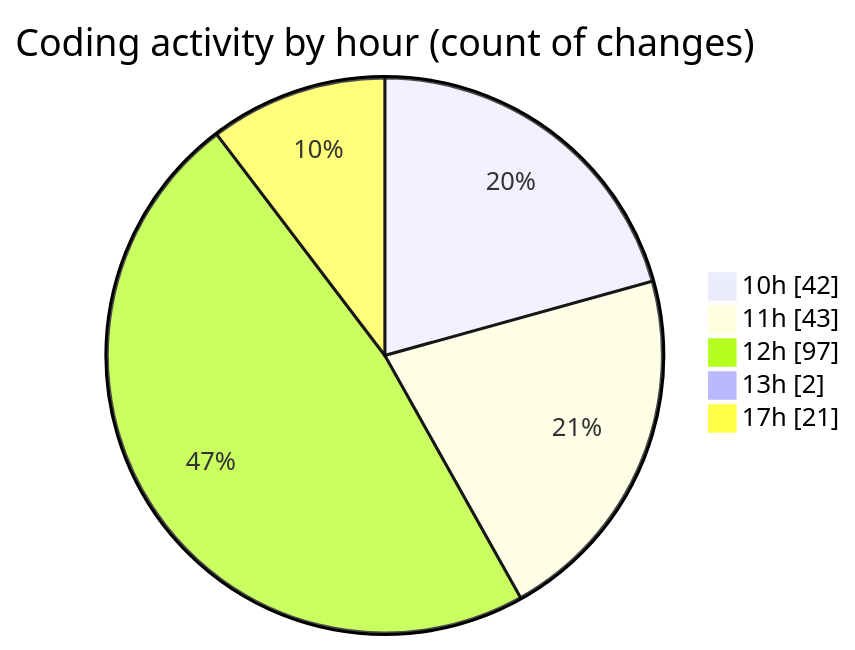
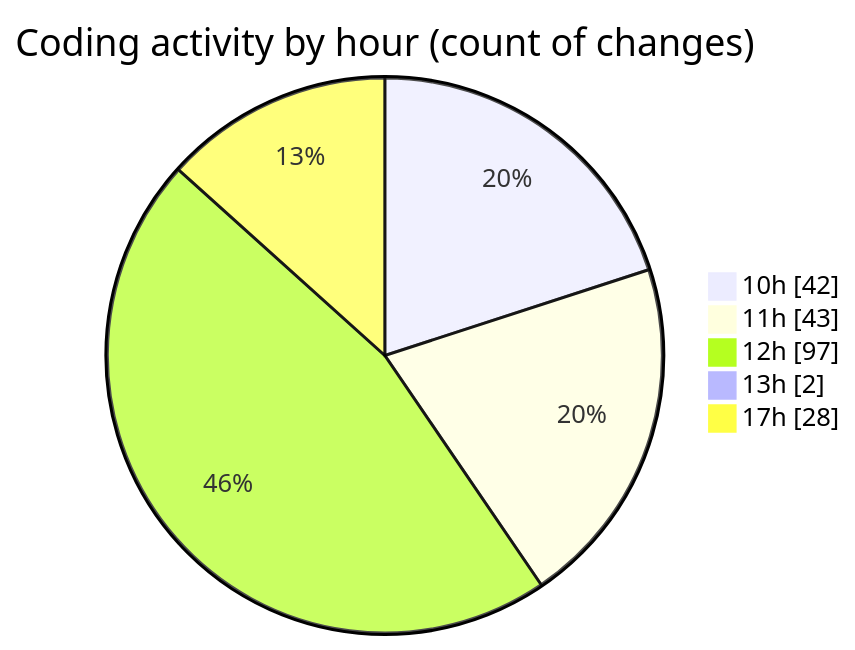
Before and after one commit to CELIANVF/code-tracking: the second of 2 diagrams in 2025-05-15/ecodeli-1/README.md, drawn with Mermaid. The commit also changed other lines of this file and 1 other file, not shown here.

````diff
--- a/2025-05-15/ecodeli-1/README.md
+++ b/2025-05-15/ecodeli-1/README.md
@@ -78,9 +79,9 @@
 ```mermaid
 pie showData
 title Coding activity by hour (count of changes)
 "10h" : 42
 "11h" : 43
 "12h" : 97
 "13h" : 2
-"17h" : 21
+"17h" : 28
 ```
````
